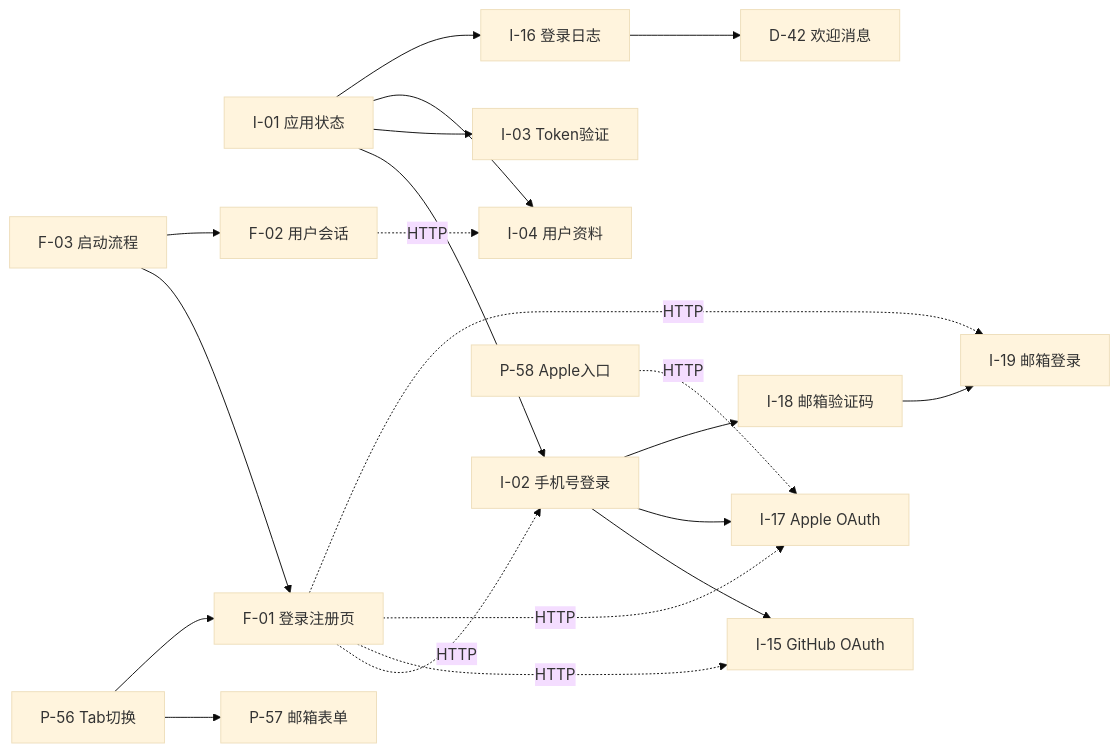
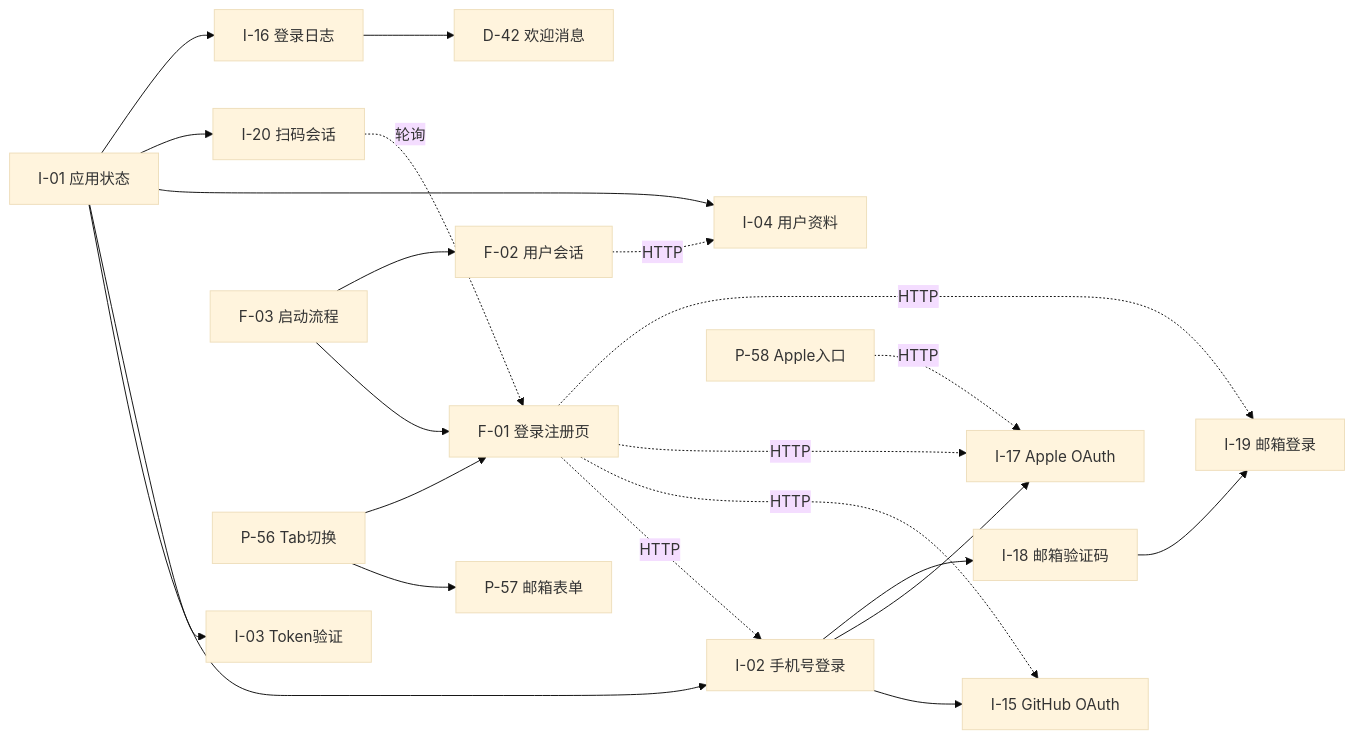
One commit to toly1994328/flash_im_by_ai changed the second of 6 diagrams in docs/features/archiver/index.md. Above: the diagram before and after it, drawn with Mermaid (base theme). The commit also changed other lines of this file and 1 other file, not shown here.

````diff
--- a/docs/features/archiver/index.md
+++ b/docs/features/archiver/index.md
@@ -253,22 +256,24 @@
 ```mermaid
 graph LR
     I01[I-01 应用状态] --> I02[I-02 手机号登录]
     I01 --> I03[I-03 Token验证]
     I01 --> I04[I-04 用户资料]
     I02 --> I15[I-15 GitHub OAuth]
     I02 --> I17[I-17 Apple OAuth]
     I02 --> I18[I-18 邮箱验证码]
     I18 --> I19[I-19 邮箱登录]
+    I01 --> I20[I-20 扫码会话]
+    I20 -.->|轮询| F01
     I01 --> I16[I-16 登录日志]
     I16 --> D42[D-42 欢迎消息]
     F01[F-01 登录注册页] -.->|HTTP| I02
     F01 -.->|HTTP| I15
     F01 -.->|HTTP| I17
     F01 -.->|HTTP| I19
     F02[F-02 用户会话] -.->|HTTP| I04
     F03[F-03 启动流程] --> F01
     F03 --> F02
     P56[P-56 Tab切换] --> P57[P-57 邮箱表单]
     P56 --> F01
     P58[P-58 Apple入口] -.->|HTTP| I17
 ```
````
